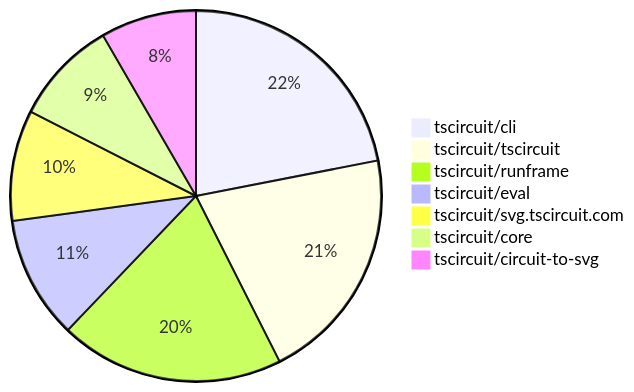
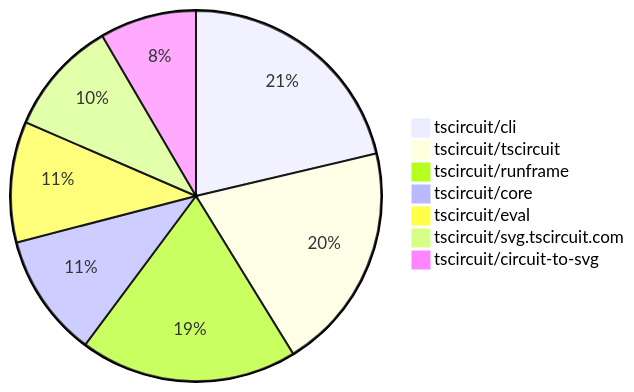
One commit to tscircuit/contribution-tracker changed the second of 2 diagrams in README.md. Above: the diagram before and after it, drawn with Mermaid. The commit also changed other lines of this file and 3 other files, not shown here.

````diff
--- a/README.md
+++ b/README.md
@@ -121,10 +123,10 @@
 ```mermaid
 pie
-    "tscircuit/cli" : 84
-    "tscircuit/tscircuit" : 79
-    "tscircuit/runframe" : 75
-    "tscircuit/eval" : 41
-    "tscircuit/svg.tscircuit.com" : 37
-    "tscircuit/core" : 35
-    "tscircuit/circuit-to-svg" : 32
+    "tscircuit/cli" : 91
+    "tscircuit/tscircuit" : 85
+    "tscircuit/runframe" : 81
+    "tscircuit/core" : 46
+    "tscircuit/eval" : 45
+    "tscircuit/svg.tscircuit.com" : 43
+    "tscircuit/circuit-to-svg" : 36
 ```
````
